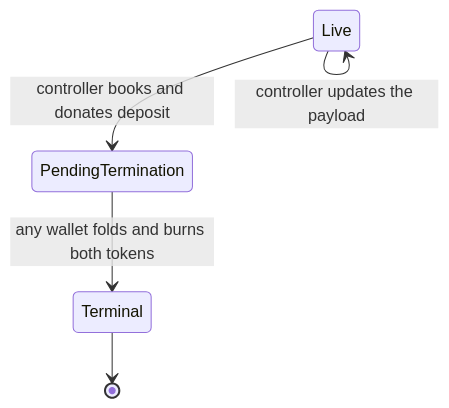
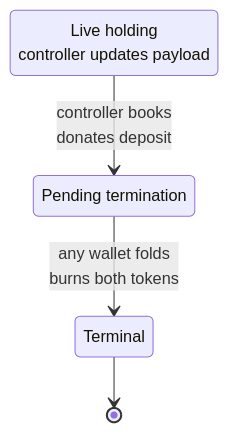
The fifth of 7 diagrams in docs/registry-commands.md (lambdasistemi/singular), drawn with Mermaid before and after one commit. The commit also changed other lines of this file and 59 other files, not shown here.

````diff
--- a/docs/registry-commands.md
+++ b/docs/registry-commands.md
@@ -200,7 +208,8 @@
 ```mermaid
 stateDiagram-v2
-    Live --> Live: controller updates the payload
-    Live --> PendingTermination: controller books and donates deposit
-    PendingTermination --> Terminal: any wallet folds and burns both tokens
+    state "Live holding<br/>controller updates payload" as Live
+    state "Pending termination" as PendingTermination
+    Live --> PendingTermination: controller books<br/>donates deposit
+    PendingTermination --> Terminal: any wallet folds<br/>burns both tokens
     Terminal --> [*]
 ```
````
